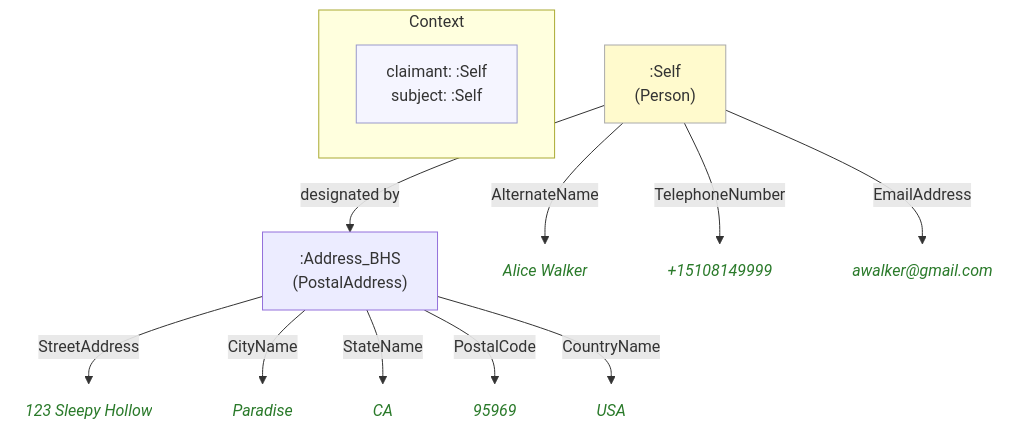
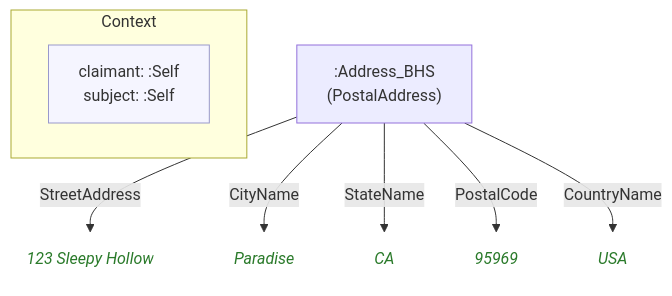
Before and after one commit to MeeFoundation/mia-ontologies: the diagram in example/contexts/images/self.self(boston-hub-society)(affiliations)(14).mmd, drawn with Mermaid. The commit also changed 62 other files, not shown here.

```diff
--- a/example/contexts/images/self.self(boston-hub-society)(affiliations)(14).mmd
+++ b/example/contexts/images/self.self(boston-hub-society)(affiliations)(14).mmd
@@ -1,32 +1,24 @@
 flowchart TD
     classDef person fill:#fffacd,stroke:#aaa,color:#333
     classDef grp    fill:#d4edda,stroke:#aaa,color:#333
     classDef org    fill:#cce5ff,stroke:#aaa,color:#333
     classDef lit    fill:none,stroke:none,font-style:italic,color:#2a7a2a
     classDef meta   fill:#f5f5ff,stroke:#9999cc,color:#333
 
     subgraph ctx["Context"]
         direction LR
         ctx_meta["claimant: :Self\nsubject: :Self"]:::meta
     end
 
     nbb363374209c[":Address_BHS\n(PostalAddress)"]
-    n1cb32ef36a98("123 Sleepy Hollow"):::lit
-    n66320830eb0d("Paradise"):::lit
-    n8af797075ca7("CA"):::lit
-    ne42d6c57e03e("95969"):::lit
-    nb114189e062c("USA"):::lit
-    ne0c3ba92f1db[":Self\n(Person)"]:::person
-    n65874cb5aada("Alice Walker"):::lit
-    nb72adeee99df("+15108149999"):::lit
-    nfe74560a0a48("awalker@gmail.com"):::lit
+    n43ddc3dd98fe("123 Sleepy Hollow"):::lit
+    n24b3530a75c6("Paradise"):::lit
+    nd3feff490875("CA"):::lit
+    nc4ba90c78602("95969"):::lit
+    nce516f34a538("USA"):::lit
 
-    nbb363374209c -->|"StreetAddress"| n1cb32ef36a98
-    nbb363374209c -->|"CityName"| n66320830eb0d
-    nbb363374209c -->|"StateName"| n8af797075ca7
-    nbb363374209c -->|"PostalCode"| ne42d6c57e03e
-    nbb363374209c -->|"CountryName"| nb114189e062c
-    ne0c3ba92f1db -->|"AlternateName"| n65874cb5aada
-    ne0c3ba92f1db -->|"designated by"| nbb363374209c
-    ne0c3ba92f1db -->|"TelephoneNumber"| nb72adeee99df
-    ne0c3ba92f1db -->|"EmailAddress"| nfe74560a0a48
+    nbb363374209c -->|"StreetAddress"| n43ddc3dd98fe
+    nbb363374209c -->|"CityName"| n24b3530a75c6
+    nbb363374209c -->|"StateName"| nd3feff490875
+    nbb363374209c -->|"PostalCode"| nc4ba90c78602
+    nbb363374209c -->|"CountryName"| nce516f34a538
```
